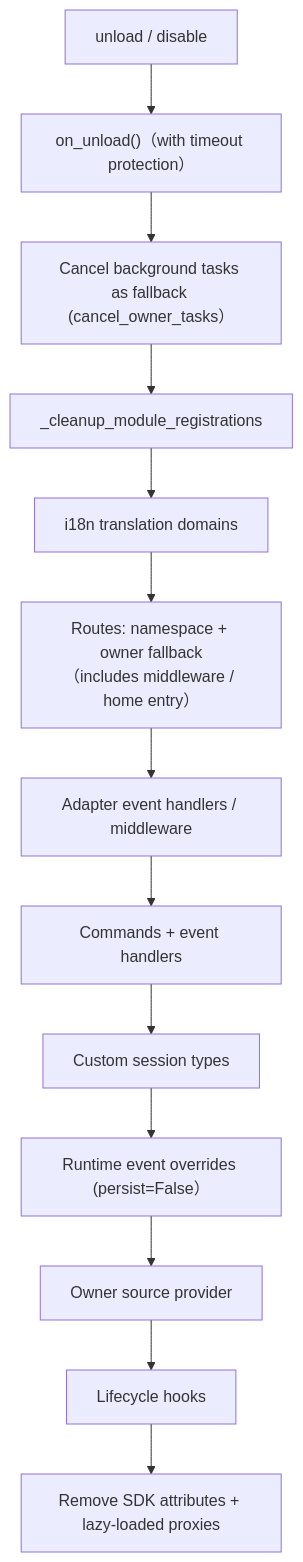
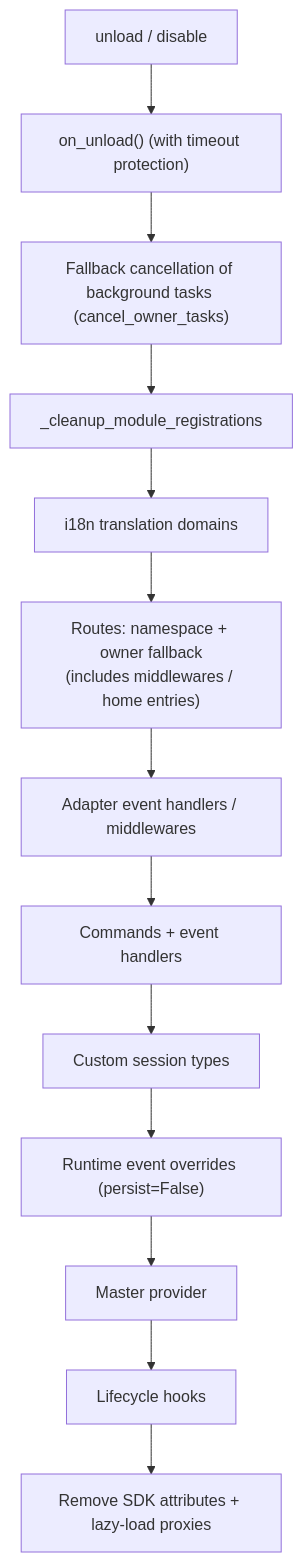
One commit to ErisPulse/ErisPulse changed the diagram in docs/en/advanced/ownership.md. Above: the diagram before and after it, drawn with Mermaid. The commit also changed other lines of this file and 39 other files, not shown here.

````diff
--- a/docs/en/advanced/ownership.md
+++ b/docs/en/advanced/ownership.md
@@ -71,15 +73,15 @@
 ```mermaid
 flowchart TD
-    A["unload / disable"] --> B["on_unload()（with timeout protection）"]
-    B --> C["Cancel background tasks as fallback (cancel_owner_tasks）"]
+    A["unload / disable"] --> B["on_unload() (with timeout protection)"]
+    B --> C["Fallback cancellation of background tasks (cancel_owner_tasks)"]
     C --> D["_cleanup_module_registrations"]
     D --> D1["i18n translation domains"]
-    D1 --> D2["Routes: namespace + owner fallback<br/>（includes middleware / home entry）"]
-    D2 --> D3["Adapter event handlers / middleware"]
+    D1 --> D2["Routes: namespace + owner fallback<br/>(includes middlewares / home entries)"]
+    D2 --> D3["Adapter event handlers / middlewares"]
     D3 --> D4["Commands + event handlers"]
     D4 --> D5["Custom session types"]
-    D5 --> D6["Runtime event overrides (persist=False）"]
-    D6 --> D7["Owner source provider"]
+    D5 --> D6["Runtime event overrides (persist=False)"]
+    D6 --> D7["Master provider"]
     D7 --> D8["Lifecycle hooks"]
-    D8 --> E["Remove SDK attributes + lazy-loaded proxies"]
+    D8 --> E["Remove SDK attributes + lazy-load proxies"]
 ```
````
